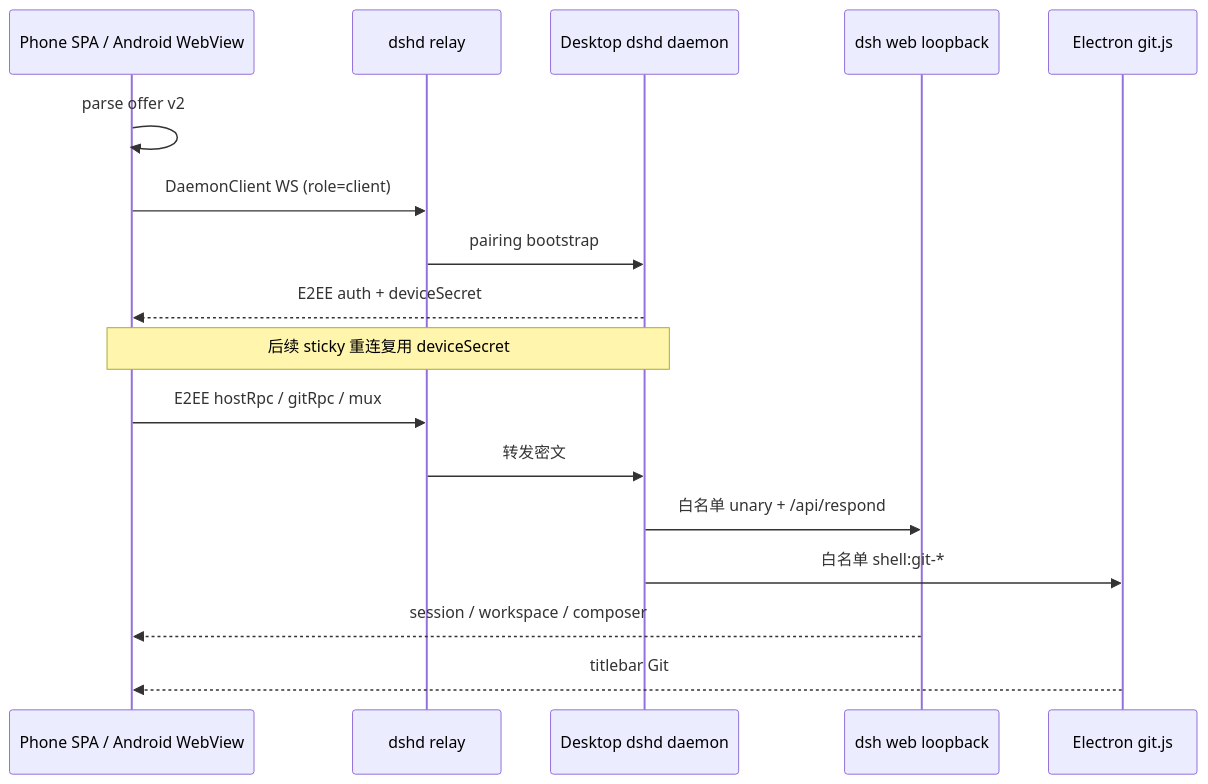
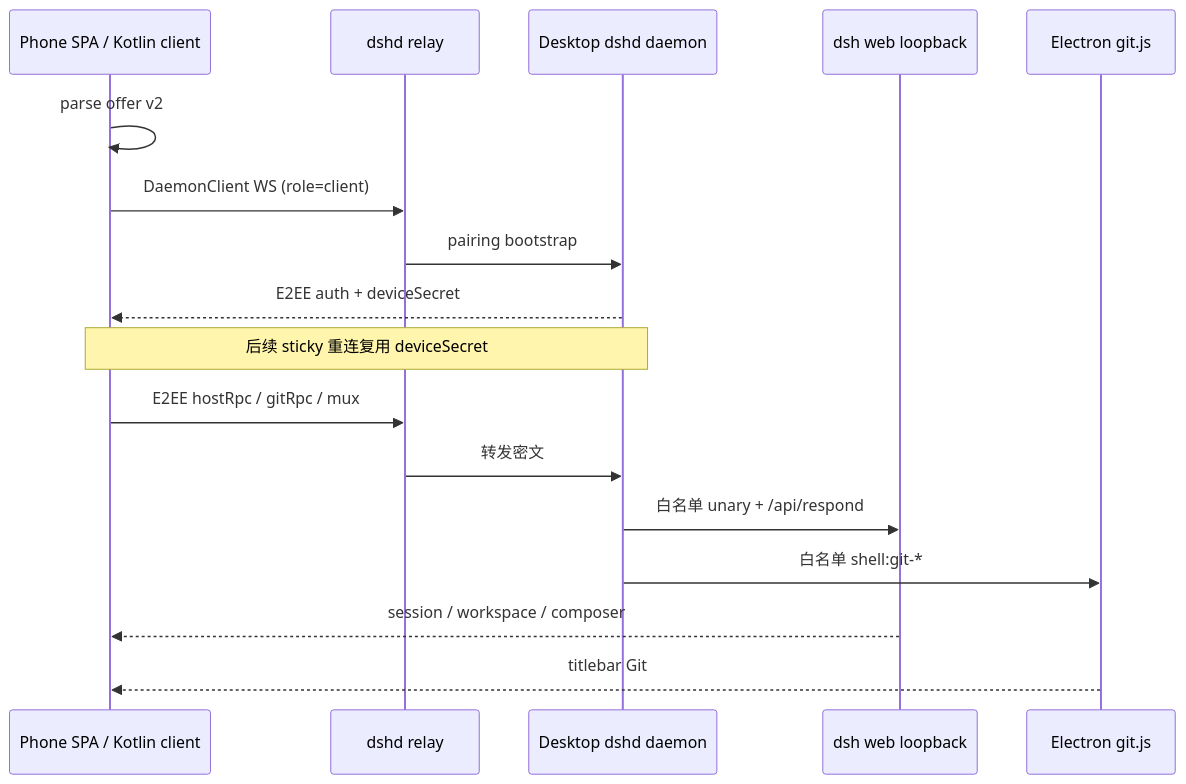
Before and after one commit to ChisaAlter/WhaleIsle: the diagram in docs/handbook/flows/remote-pair.md, drawn with Mermaid. The commit also changed other lines of this file and 65 other files, not shown here.

````diff
--- a/docs/handbook/flows/remote-pair.md
+++ b/docs/handbook/flows/remote-pair.md
@@ -23,19 +23,19 @@
 ```mermaid
 sequenceDiagram
-  participant Phone as Phone SPA / Android WebView
+  participant Phone as Phone SPA / Kotlin client
   participant Relay as dshd relay
   participant Daemon as Desktop dshd daemon
   participant Host as dsh web loopback
   participant Git as Electron git.js
   Phone->>Phone: parse offer v2
   Phone->>Relay: DaemonClient WS (role=client)
   Relay->>Daemon: pairing bootstrap
   Daemon-->>Phone: E2EE auth + deviceSecret
   Note over Phone,Daemon: 后续 sticky 重连复用 deviceSecret
   Phone->>Relay: E2EE hostRpc / gitRpc / mux
   Relay->>Daemon: 转发密文
   Daemon->>Host: 白名单 unary + /api/respond
   Daemon->>Git: 白名单 shell:git-*
   Host-->>Phone: session / workspace / composer
   Git-->>Phone: titlebar Git
 ```
````
